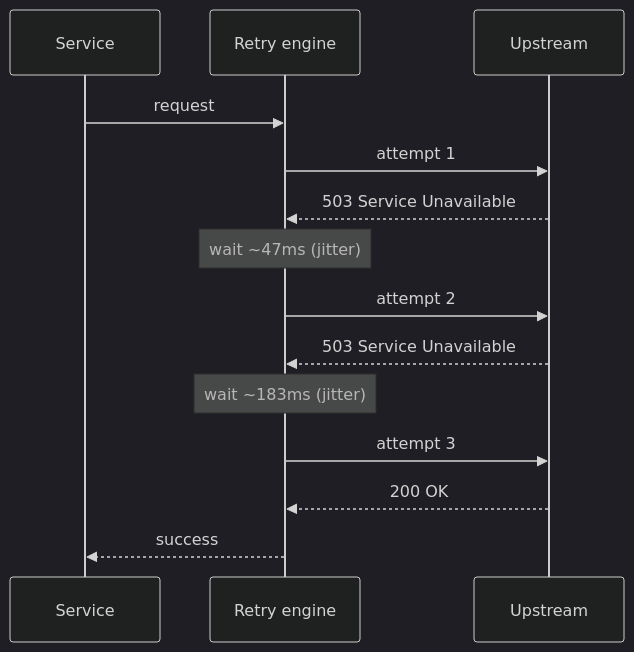
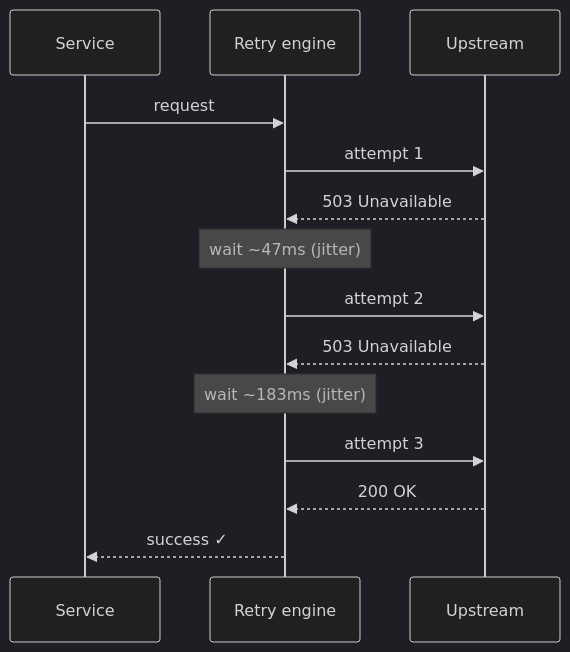
The fifth of 6 diagrams in website/guide/nestjs-example.md (jhonesgoncalves/super-http-ts), drawn with Mermaid (dark theme) before and after one commit. The commit also changed other lines of this file and 3 other files, not shown here.

First line of the commit message:
feat(docs): render Mermaid diagrams in VitePress docs site

````diff
--- a/website/guide/nestjs-example.md
+++ b/website/guide/nestjs-example.md
@@ -199,21 +161,17 @@
 ```mermaid
 sequenceDiagram
     participant S as Service
     participant R as Retry engine
     participant U as Upstream
 
     S->>R: request
     R->>U: attempt 1
-    U-->>R: 503 Service Unavailable
-
+    U-->>R: 503 Unavailable
     Note over R: wait ~47ms (jitter)
-
     R->>U: attempt 2
-    U-->>R: 503 Service Unavailable
-
+    U-->>R: 503 Unavailable
     Note over R: wait ~183ms (jitter)
-
     R->>U: attempt 3
     U-->>R: 200 OK
-    R-->>S: success
+    R-->>S: success ✓
 ```
````
